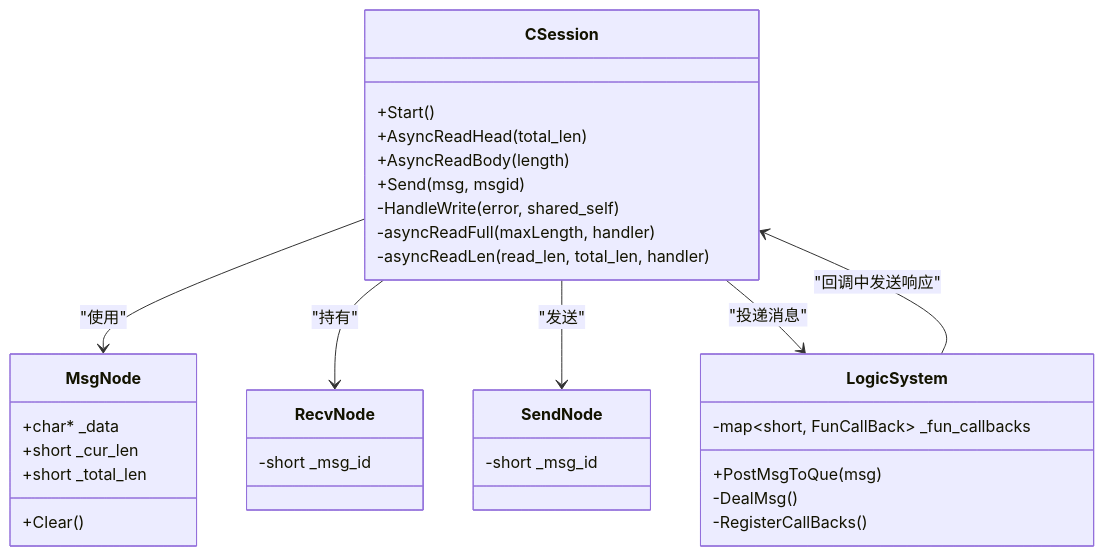
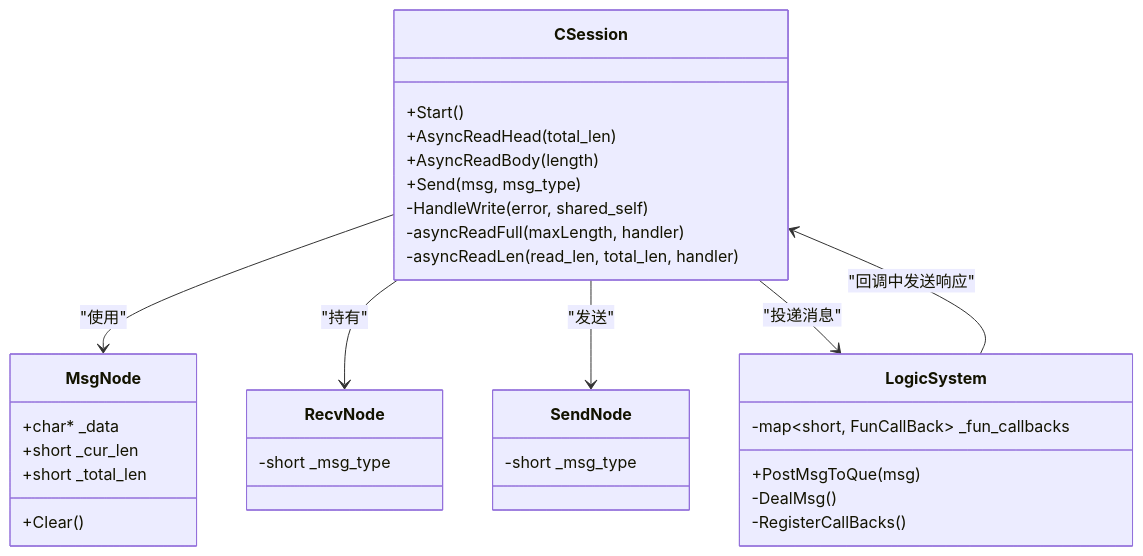
Before and after one commit to echo9923/mychatter: the fourth of 6 diagrams in .qoder/repowiki/zh/content/网络通信/TCP通信协议/TCP消息协议/消息路由与分发.md, drawn with Mermaid. The commit also changed other lines of this file and 128 other files, not shown here.

First line of the commit message:
refactor(protocol): TCP 帧头消息类型 msg_id 全局改名为 msg_type

````diff
--- a/.qoder/repowiki/zh/content/网络通信/TCP通信协议/TCP消息协议/消息路由与分发.md
+++ b/.qoder/repowiki/zh/content/网络通信/TCP通信协议/TCP消息协议/消息路由与分发.md
@@ -152,35 +152,35 @@
 ```mermaid
 classDiagram
 class CSession {
 +Start()
 +AsyncReadHead(total_len)
 +AsyncReadBody(length)
-+Send(msg, msgid)
++Send(msg, msg_type)
 -HandleWrite(error, shared_self)
 -asyncReadFull(maxLength, handler)
 -asyncReadLen(read_len, total_len, handler)
 }
 class MsgNode {
 +Clear()
 +char* _data
 +short _cur_len
 +short _total_len
 }
 class RecvNode {
--short _msg_id
+-short _msg_type
 }
 class SendNode {
--short _msg_id
+-short _msg_type
 }
 class LogicSystem {
 +PostMsgToQue(msg)
 -DealMsg()
 -RegisterCallBacks()
 -map~short, FunCallBack~ _fun_callbacks
 }
 CSession --> MsgNode : "使用"
 CSession --> RecvNode : "持有"
 CSession --> SendNode : "发送"
 CSession --> LogicSystem : "投递消息"
 LogicSystem --> CSession : "回调中发送响应"
 ```
````
